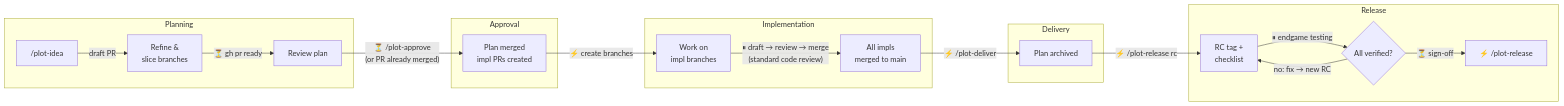
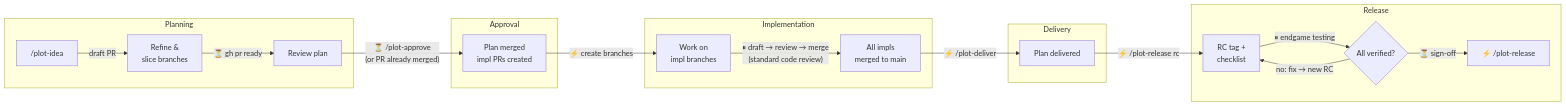
Before and after one commit to eins78/plot: the first of 3 diagrams in skills/plot/SKILL.md, drawn with Mermaid. The commit also changed other lines of this file and 9 other files, not shown here.

````diff
--- a/skills/plot/SKILL.md
+++ b/skills/plot/SKILL.md
@@ -34,23 +35,23 @@
 ```mermaid
 flowchart LR
     subgraph Planning
         A["/plot-idea"] -->|draft PR| B["Refine &<br/>slice branches"]
         B -->|"⏳ gh pr ready"| C["Review plan"]
     end
     subgraph Approval
         C -->|"⏳ /plot-approve<br/>(or PR already merged)"| D["Plan merged<br/>impl PRs created"]
     end
     subgraph Implementation
         D -->|"⚡ create branches"| E["Work on<br/>impl branches"]
         E -->|"⏸ draft → review → merge<br/>(standard code review)"| F["All impls<br/>merged to main"]
     end
     subgraph Delivery
-        F -->|"⚡ /plot-deliver"| G["Plan archived"]
+        F -->|"⚡ /plot-deliver"| G["Plan delivered"]
     end
     subgraph Release
         G -->|"⚡ /plot-release rc"| H["RC tag +<br/>checklist"]
         H -->|"⏸ endgame testing"| I{"All verified?"}
         I -->|"no: fix → new RC"| H
         I -->|"⏳ sign-off"| J["⚡ /plot-release"]
     end
 ```
````
